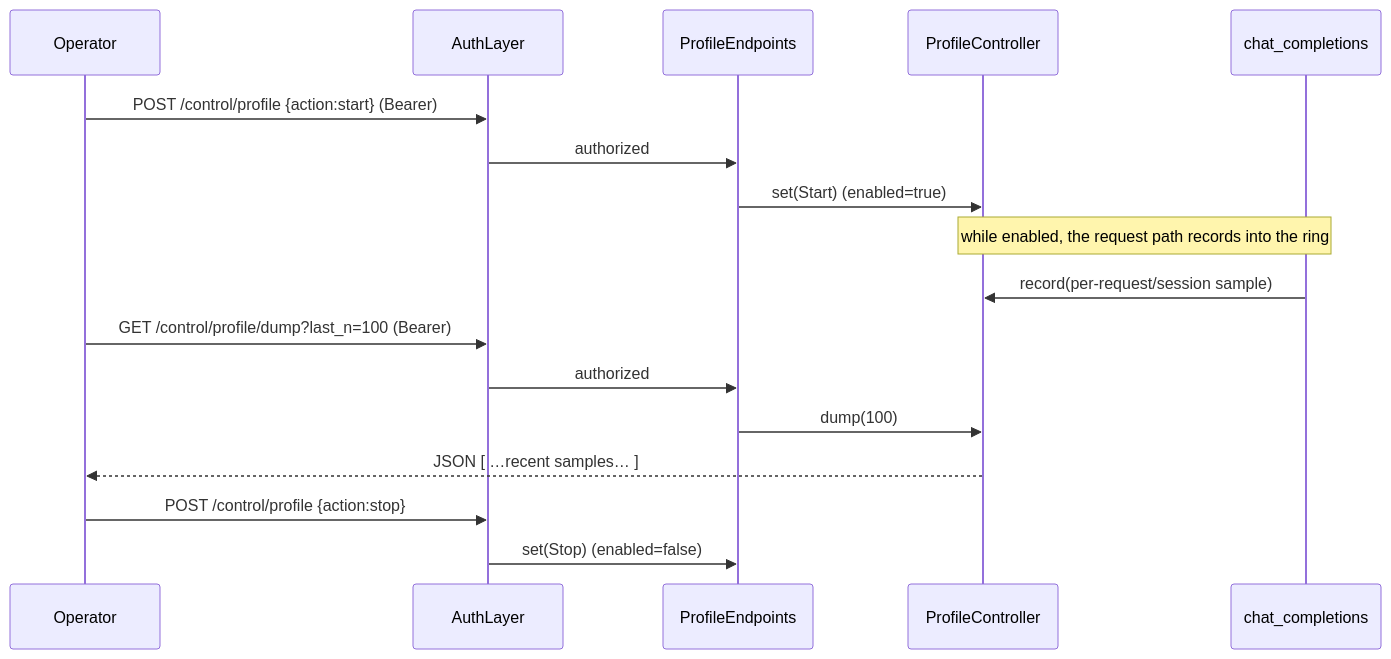
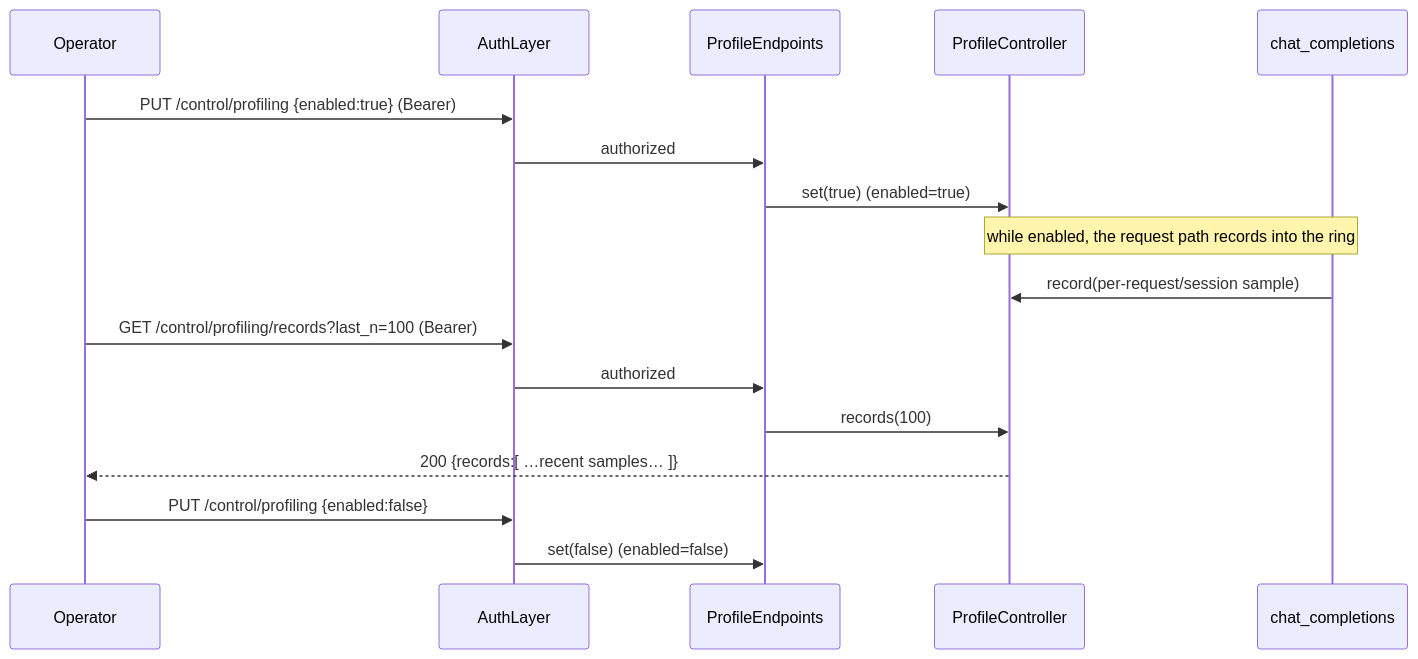
The third of 5 diagrams in experimental/sgl-router/docs/control_api_design.md (ZhaiFeiyue/sglang), drawn with Mermaid before and after one commit. The commit also changed other lines of this file, not shown here.

First line of the commit message:
docs(sgl-router): make control API RESTful (resource-oriented)

````diff
--- a/experimental/sgl-router/docs/control_api_design.md
+++ b/experimental/sgl-router/docs/control_api_design.md
@@ -213,20 +250,20 @@
 ```mermaid
 sequenceDiagram
     participant Op as Operator
     participant Auth as AuthLayer
     participant PE as ProfileEndpoints
     participant PC as ProfileController
     participant Chat as chat_completions
 
-    Op->>Auth: POST /control/profile {action:start} (Bearer)
+    Op->>Auth: PUT /control/profiling {enabled:true} (Bearer)
     Auth->>PE: authorized
-    PE->>PC: set(Start)  (enabled=true)
+    PE->>PC: set(true)  (enabled=true)
     Note over Chat,PC: while enabled, the request path records into the ring
     Chat->>PC: record(per-request/session sample)
-    Op->>Auth: GET /control/profile/dump?last_n=100 (Bearer)
+    Op->>Auth: GET /control/profiling/records?last_n=100 (Bearer)
     Auth->>PE: authorized
-    PE->>PC: dump(100)
-    PC-->>Op: JSON [ …recent samples… ]
-    Op->>Auth: POST /control/profile {action:stop}
-    Auth->>PE: set(Stop) (enabled=false)
+    PE->>PC: records(100)
+    PC-->>Op: 200 {records:[ …recent samples… ]}
+    Op->>Auth: PUT /control/profiling {enabled:false}
+    Auth->>PE: set(false) (enabled=false)
 ```
````
